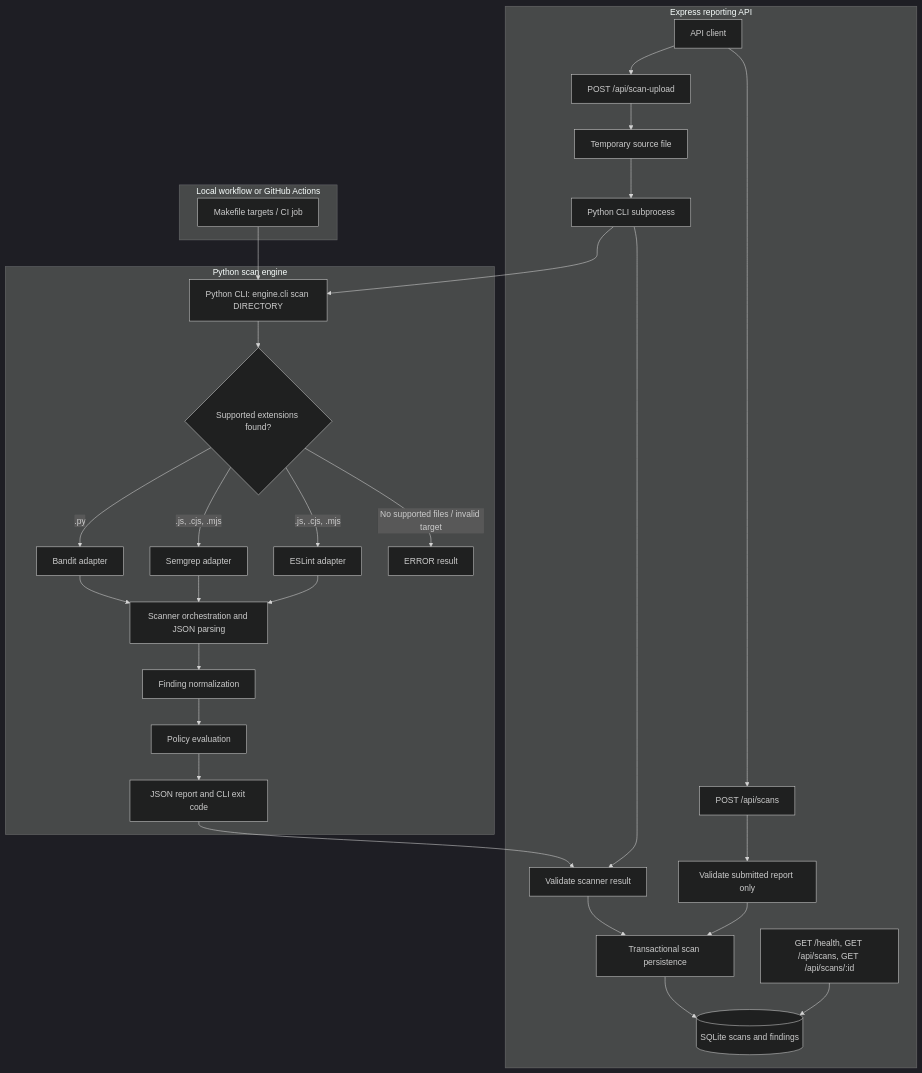
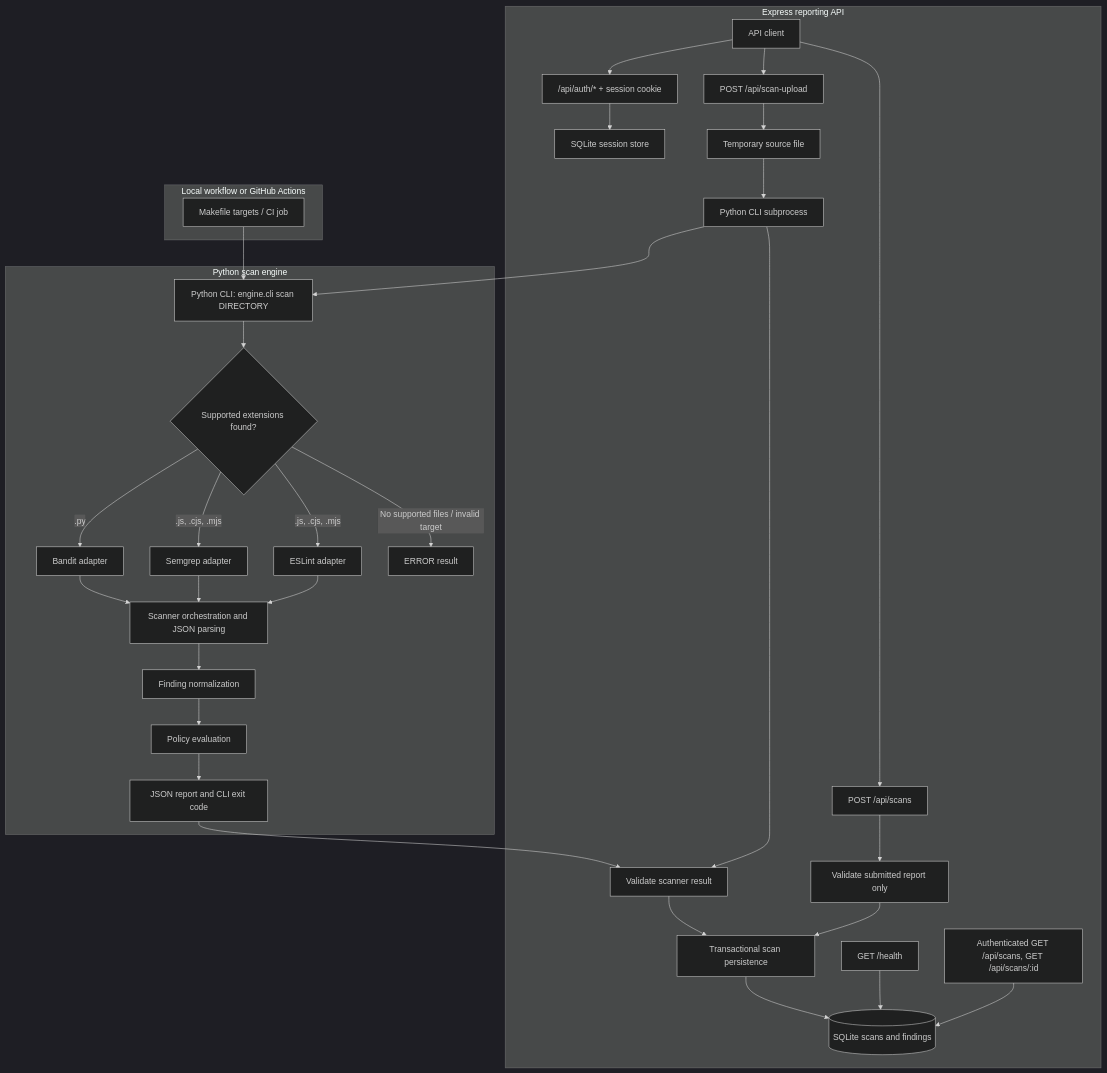
One commit to Igna73M/secureflow changed the first of 3 diagrams in docs/architecture.md. Above: the diagram before and after it, drawn with Mermaid (dark theme). The commit also changed other lines of this file and 22 other files, not shown here.

````diff
--- a/docs/architecture.md
+++ b/docs/architecture.md
@@ -15,36 +15,39 @@
 ```mermaid
 flowchart TB
     subgraph CI["Local workflow or GitHub Actions"]
         A["Makefile targets / CI job"]
     end
     subgraph ENGINE["Python scan engine"]
         B["Python CLI: engine.cli scan DIRECTORY"]
         A --> B
         B --> C{"Supported extensions found?"}
         C -->|".py"| D["Bandit adapter"]
         C -->|".js, .cjs, .mjs"| E["Semgrep adapter"]
         C -->|".js, .cjs, .mjs"| F["ESLint adapter"]
         C -->|"No supported files / invalid target"| G["ERROR result"]
         D --> H["Scanner orchestration and JSON parsing"]
         E --> H
         F --> H
         H --> I["Finding normalization"]
         I --> J["Policy evaluation"]
         J --> K["JSON report and CLI exit code"]
     end
 
     subgraph API["Express reporting API"]
         L["API client"] --> M["POST /api/scan-upload"]
         L --> N["POST /api/scans"]
+        L --> AUTH["/api/auth/* + session cookie"]
+        AUTH --> AS["SQLite session store"]
         M --> O["Temporary source file"]
         O --> P["Python CLI subprocess"]
         P --> B
         K --> Q
         P --> Q["Validate scanner result"]
         Q --> R["Transactional scan persistence"]
         N --> S["Validate submitted report only"]
         S --> R
         R --> T[("SQLite scans and findings")]
-        U["GET /health, GET /api/scans, GET /api/scans/:id"] --> T
+        U["GET /health"] --> T
+        U2["Authenticated GET /api/scans, GET /api/scans/:id"] --> T
     end
 ```
````
